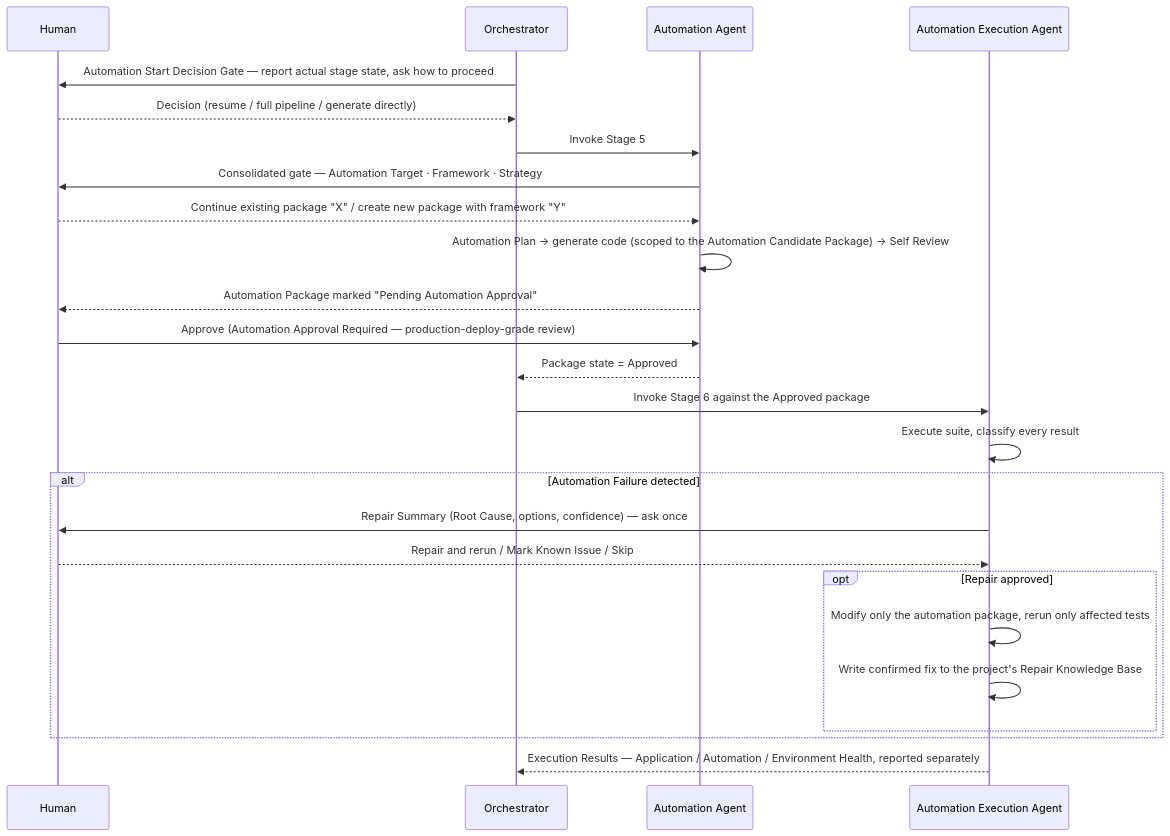
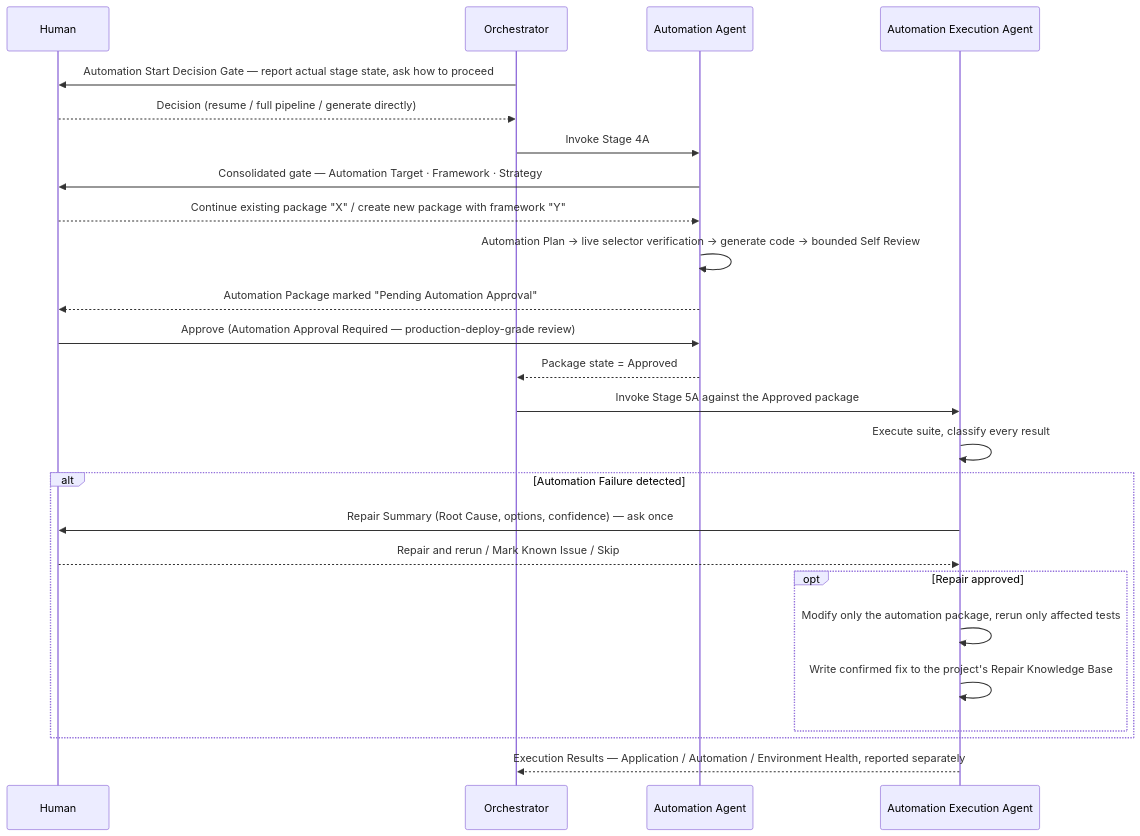
The fifth of 10 diagrams in README.md (HusseinAtaHussein1/AISeatMap), drawn with Mermaid before and after one commit. The commit also changed other lines of this file and 61 other files, not shown here.

````diff
--- a/README.md
+++ b/README.md
@@ -366,31 +382,31 @@
 ```mermaid
 sequenceDiagram
     participant H as Human
     participant Orc as Orchestrator
     participant AA as Automation Agent
     participant EA as Automation Execution Agent
 
     Orc->>H: Automation Start Decision Gate — report actual stage state, ask how to proceed
     H-->>Orc: Decision (resume / full pipeline / generate directly)
 
-    Orc->>AA: Invoke Stage 5
+    Orc->>AA: Invoke Stage 4A
     AA->>H: Consolidated gate — Automation Target · Framework · Strategy
     H-->>AA: Continue existing package "X" / create new package with framework "Y"
-    AA->>AA: Automation Plan → generate code (scoped to the Automation Candidate Package) → Self Review
+    AA->>AA: Automation Plan → live selector verification → generate code → bounded Self Review
     AA-->>H: Automation Package marked "Pending Automation Approval"
 
     H->>AA: Approve (Automation Approval Required — production-deploy-grade review)
     AA-->>Orc: Package state = Approved
 
-    Orc->>EA: Invoke Stage 6 against the Approved package
+    Orc->>EA: Invoke Stage 5A against the Approved package
     EA->>EA: Execute suite, classify every result
     alt Automation Failure detected
         EA->>H: Repair Summary (Root Cause, options, confidence) — ask once
         H-->>EA: Repair and rerun / Mark Known Issue / Skip
         opt Repair approved
             EA->>EA: Modify only the automation package, rerun only affected tests
             EA->>EA: Write confirmed fix to the project's Repair Knowledge Base
         end
     end
     EA-->>Orc: Execution Results — Application / Automation / Environment Health, reported separately
 ```
````
